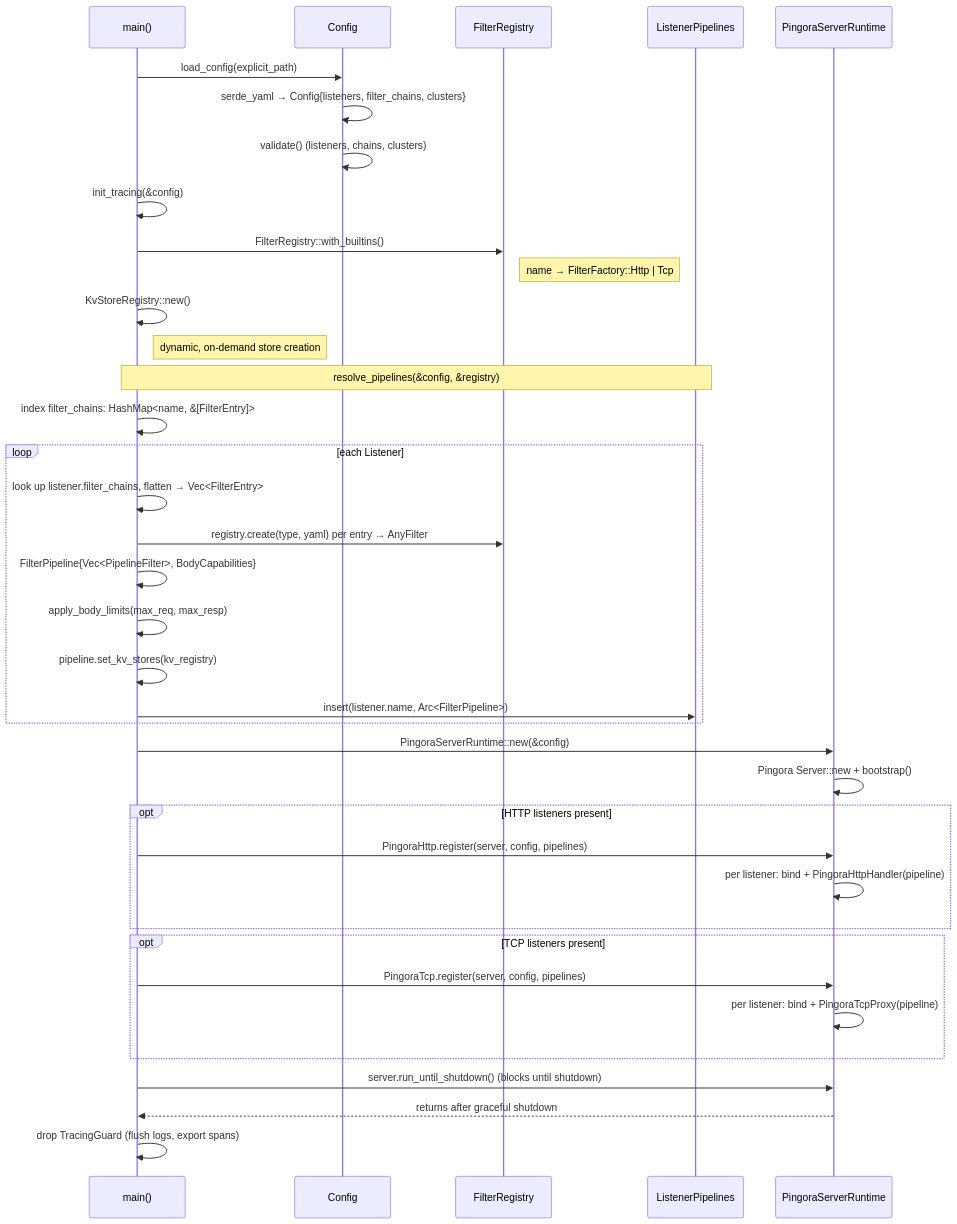
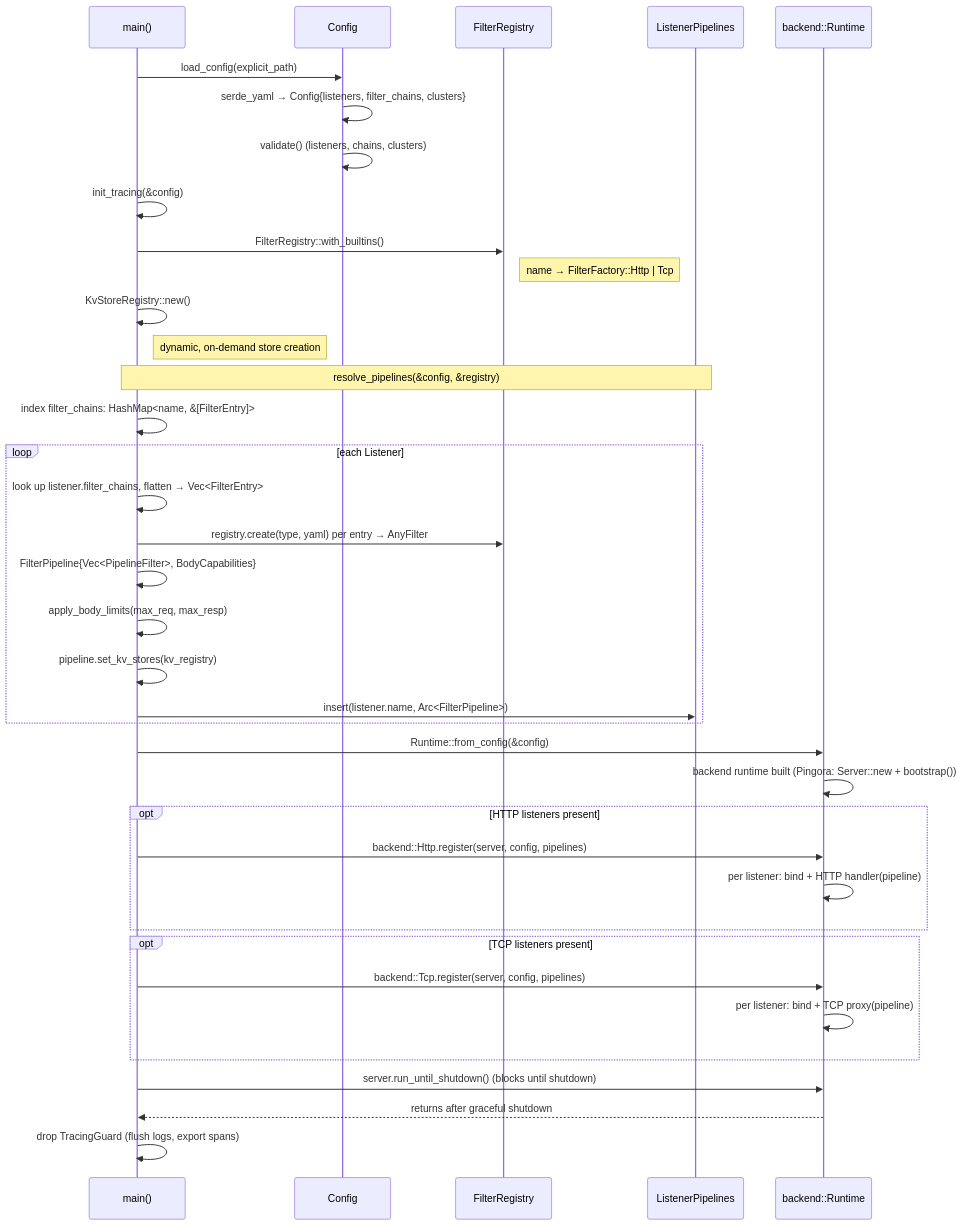
One commit to praxis-proxy/praxis changed the second of 2 diagrams in docs/architecture/crate-layout.md. Above: the diagram before and after it, drawn with Mermaid. The commit also changed other lines of this file and 4 other files, not shown here.

````diff
--- a/docs/architecture/crate-layout.md
+++ b/docs/architecture/crate-layout.md
@@ -261,45 +279,45 @@
 ```mermaid
 sequenceDiagram
     participant M as main()
     participant C as Config
     participant R as FilterRegistry
     participant LP as ListenerPipelines
-    participant S as PingoraServerRuntime
+    participant S as backend::Runtime
 
     M->>C: load_config(explicit_path)
     C->>C: serde_yaml → Config{listeners, filter_chains, clusters}
     C->>C: validate() (listeners, chains, clusters)
     M->>M: init_tracing(&config)
     M->>R: FilterRegistry::with_builtins()
     Note right of R: name → FilterFactory::Http | Tcp
     M->>M: KvStoreRegistry::new()
     Note right of M: dynamic, on-demand store creation
 
     Note over M,LP: resolve_pipelines(&config, &registry)
     M->>M: index filter_chains: HashMap<name, &[FilterEntry]>
     loop each Listener
         M->>M: look up listener.filter_chains, flatten → Vec<FilterEntry>
         M->>R: registry.create(type, yaml) per entry → AnyFilter
         M->>M: FilterPipeline{Vec<PipelineFilter>, BodyCapabilities}
         M->>M: apply_body_limits(max_req, max_resp)
         M->>M: pipeline.set_kv_stores(kv_registry)
         M->>LP: insert(listener.name, Arc<FilterPipeline>)
     end
 
-    M->>S: PingoraServerRuntime::new(&config)
-    S->>S: Pingora Server::new + bootstrap()
+    M->>S: Runtime::from_config(&config)
+    S->>S: backend runtime built (Pingora: Server::new + bootstrap())
 
     opt HTTP listeners present
-        M->>S: PingoraHttp.register(server, config, pipelines)
-        S->>S: per listener: bind + PingoraHttpHandler(pipeline)
+        M->>S: backend::Http.register(server, config, pipelines)
+        S->>S: per listener: bind + HTTP handler(pipeline)
     end
 
     opt TCP listeners present
-        M->>S: PingoraTcp.register(server, config, pipelines)
-        S->>S: per listener: bind + PingoraTcpProxy(pipeline)
+        M->>S: backend::Tcp.register(server, config, pipelines)
+        S->>S: per listener: bind + TCP proxy(pipeline)
     end
 
     M->>S: server.run_until_shutdown() (blocks until shutdown)
     S-->>M: returns after graceful shutdown
     M->>M: drop TracingGuard (flush logs, export spans)
 ```
````
